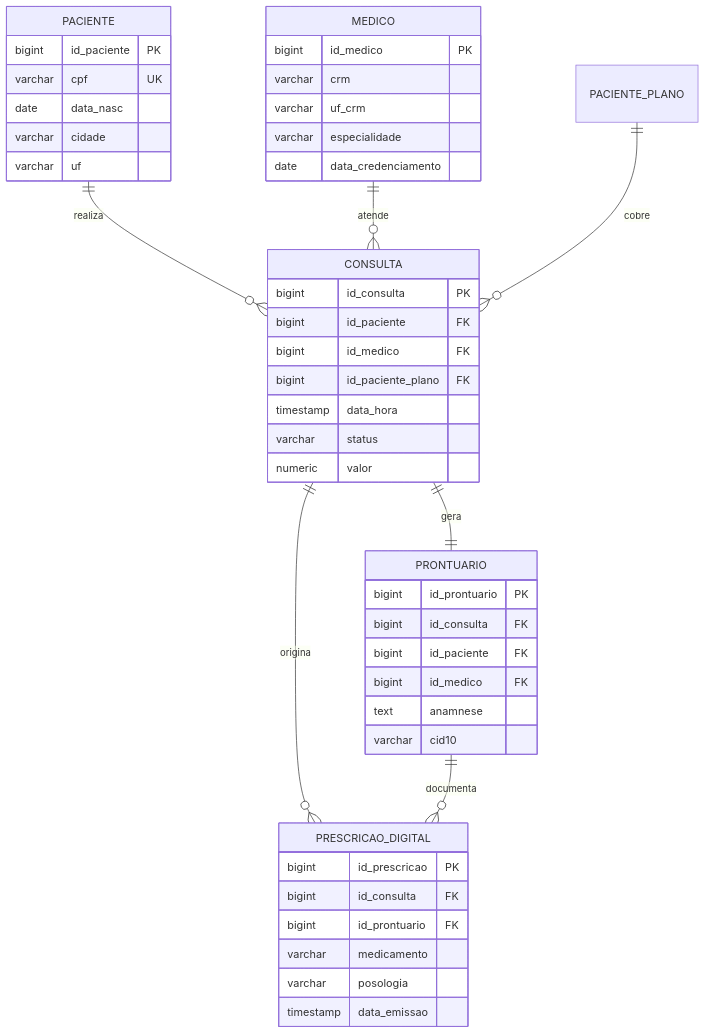
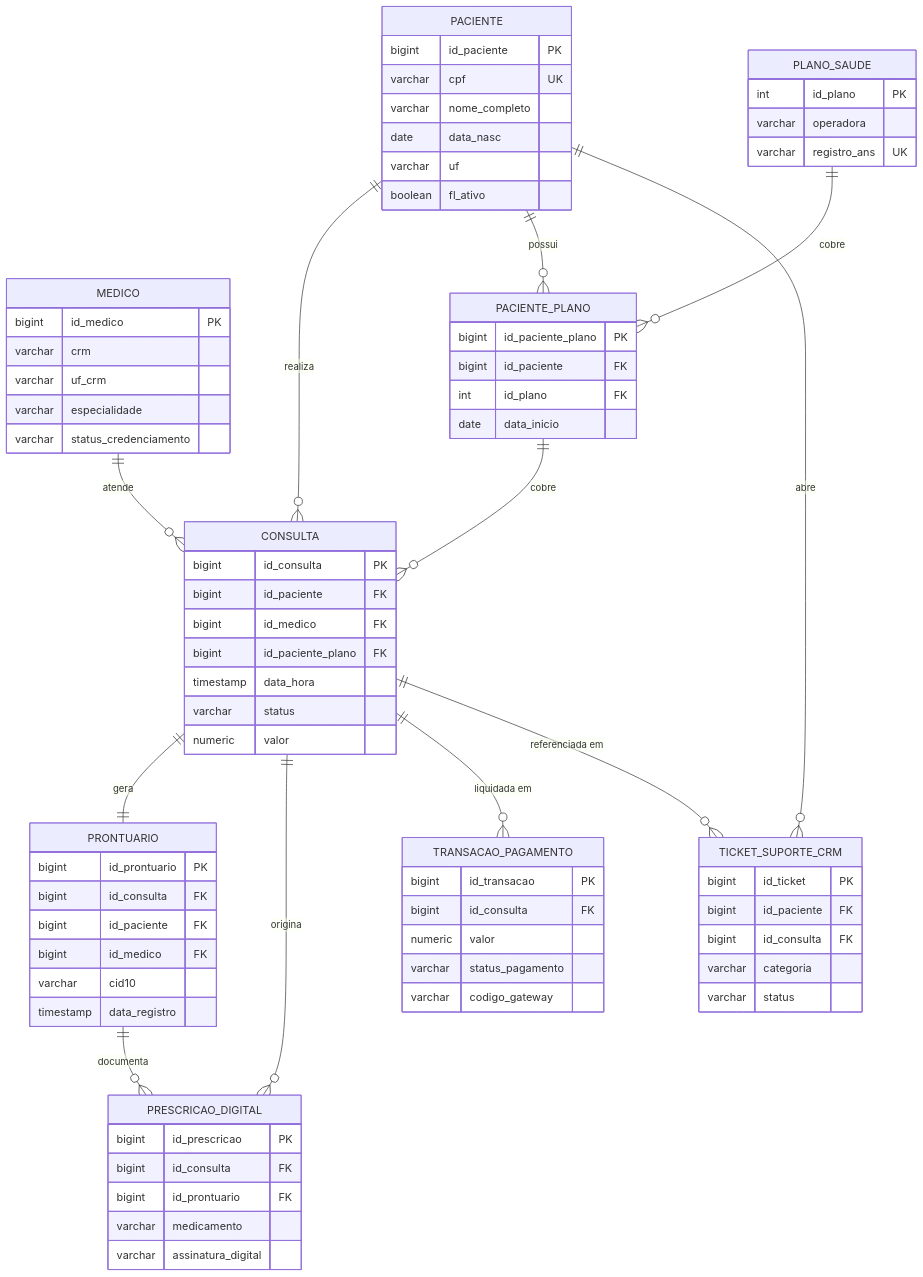
The first of 2 diagrams in docs/data-modeling/data-modeling.md (CarlosH-Santiago/Vitalis-Saude-Digital), drawn with Mermaid before and after one commit. The commit also changed other lines of this file and 9 other files, not shown here.

First line of the commit message:
docs: standardize enterprise architecture, integrate Entrega 8 and 9, and clean docs

````diff
--- a/docs/data-modeling/data-modeling.md
+++ b/docs/data-modeling/data-modeling.md
@@ -109,49 +167,79 @@
 ```mermaid
 erDiagram
     PACIENTE ||--o{ CONSULTA : "realiza"
     MEDICO ||--o{ CONSULTA : "atende"
     CONSULTA ||--|| PRONTUARIO : "gera"
     CONSULTA ||--o{ PRESCRICAO_DIGITAL : "origina"
     PRONTUARIO ||--o{ PRESCRICAO_DIGITAL : "documenta"
+    PACIENTE ||--o{ PACIENTE_PLANO : "possui"
+    PLANO_SAUDE ||--o{ PACIENTE_PLANO : "cobre"
     PACIENTE_PLANO ||--o{ CONSULTA : "cobre"
+    CONSULTA ||--o{ TRANSACAO_PAGAMENTO : "liquidada em"
+    PACIENTE ||--o{ TICKET_SUPORTE_CRM : "abre"
+    CONSULTA ||--o{ TICKET_SUPORTE_CRM : "referenciada em"
 
     PACIENTE {
         bigint id_paciente PK
         varchar cpf UK
+        varchar nome_completo
         date data_nasc
-        varchar cidade
         varchar uf
+        boolean fl_ativo
     }
     MEDICO {
         bigint id_medico PK
         varchar crm
         varchar uf_crm
         varchar especialidade
-        date data_credenciamento
+        varchar status_credenciamento
     }
     CONSULTA {
         bigint id_consulta PK
         bigint id_paciente FK
         bigint id_medico FK
         bigint id_paciente_plano FK
         timestamp data_hora
         varchar status
         numeric valor
     }
     PRONTUARIO {
         bigint id_prontuario PK
         bigint id_consulta FK
         bigint id_paciente FK
         bigint id_medico FK
-        text anamnese
         varchar cid10
+        timestamp data_registro
     }
     PRESCRICAO_DIGITAL {
         bigint id_prescricao PK
         bigint id_consulta FK
         bigint id_prontuario FK
         varchar medicamento
-        varchar posologia
-        timestamp data_emissao
+        varchar assinatura_digital
+    }
+    PLANO_SAUDE {
+        int id_plano PK
+        varchar operadora
+        varchar registro_ans UK
+    }
+    PACIENTE_PLANO {
+        bigint id_paciente_plano PK
+        bigint id_paciente FK
+        int id_plano FK
+        date data_inicio
+    }
+    TRANSACAO_PAGAMENTO {
+        bigint id_transacao PK
+        bigint id_consulta FK
+        numeric valor
+        varchar status_pagamento
+        varchar codigo_gateway
+    }
+    TICKET_SUPORTE_CRM {
+        bigint id_ticket PK
+        bigint id_paciente FK
+        bigint id_consulta FK
+        varchar categoria
+        varchar status
     }
 ```
````
